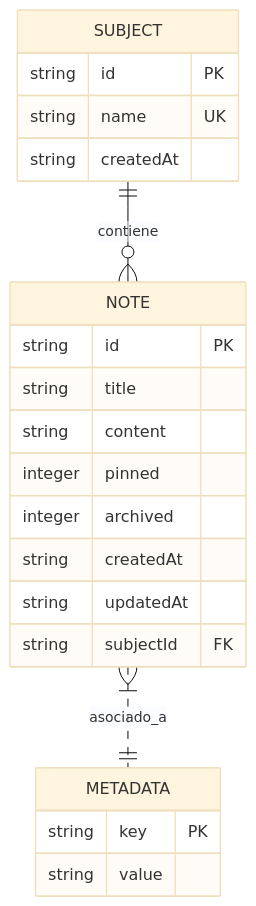
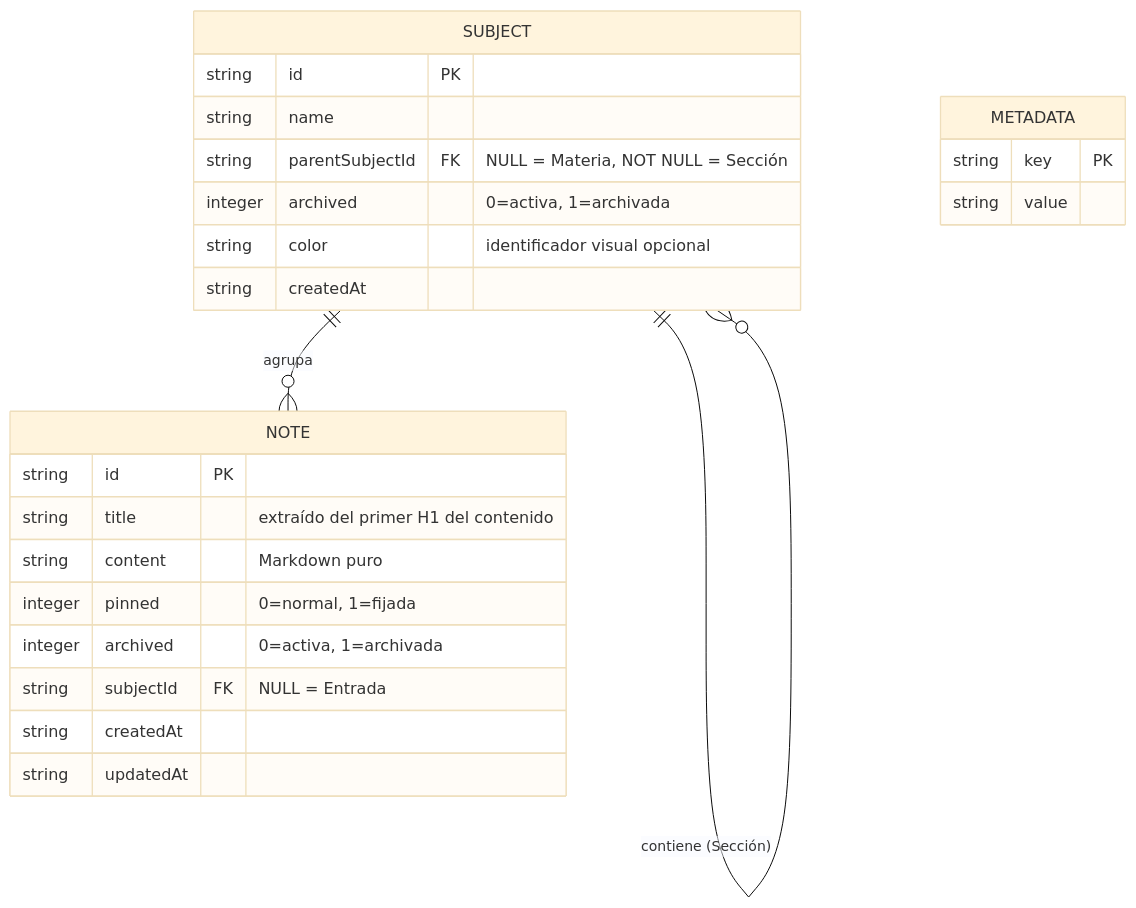
Before and after one commit to jdfesa/lumapse: the diagram in docs/diagramas/modelo-relacional.md, drawn with Mermaid (base theme). The commit also changed other lines of this file and 2 other files, not shown here.

First line of the commit message:
feat(database): actualizar schema SQLite a modelo 3 niveles (Materia > Sección > Nota)

````diff
--- a/docs/diagramas/modelo-relacional.md
+++ b/docs/diagramas/modelo-relacional.md
@@ -26,27 +44,29 @@
 ```mermaid
 erDiagram
-    SUBJECT ||--o{ NOTE : "contiene"
-    NOTE }|..|| METADATA : "asociado_a"
+    SUBJECT ||--o{ SUBJECT : "contiene (Sección)"
+    SUBJECT ||--o{ NOTE : "agrupa"
+    METADATA {
+        string key PK
+        string value
+    }
 
     SUBJECT {
         string id PK
-        string name UK
+        string name
+        string parentSubjectId FK "NULL = Materia, NOT NULL = Sección"
+        integer archived "0=activa, 1=archivada"
+        string color "identificador visual opcional"
         string createdAt
     }
 
     NOTE {
         string id PK
-        string title
-        string content
-        integer pinned
-        integer archived
+        string title "extraído del primer H1 del contenido"
+        string content "Markdown puro"
+        integer pinned "0=normal, 1=fijada"
+        integer archived "0=activa, 1=archivada"
+        string subjectId FK "NULL = Entrada"
         string createdAt
         string updatedAt
-        string subjectId FK
-    }
-
-    METADATA {
-        string key PK
-        string value
     }
 ```
````
